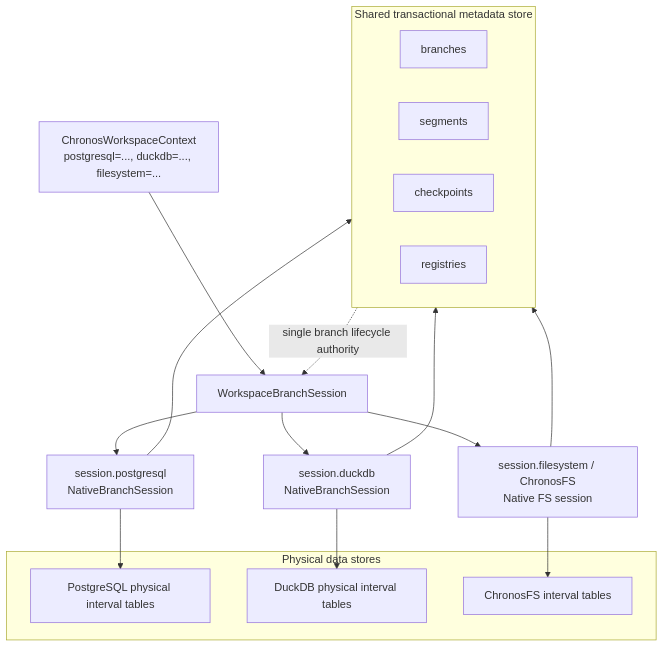
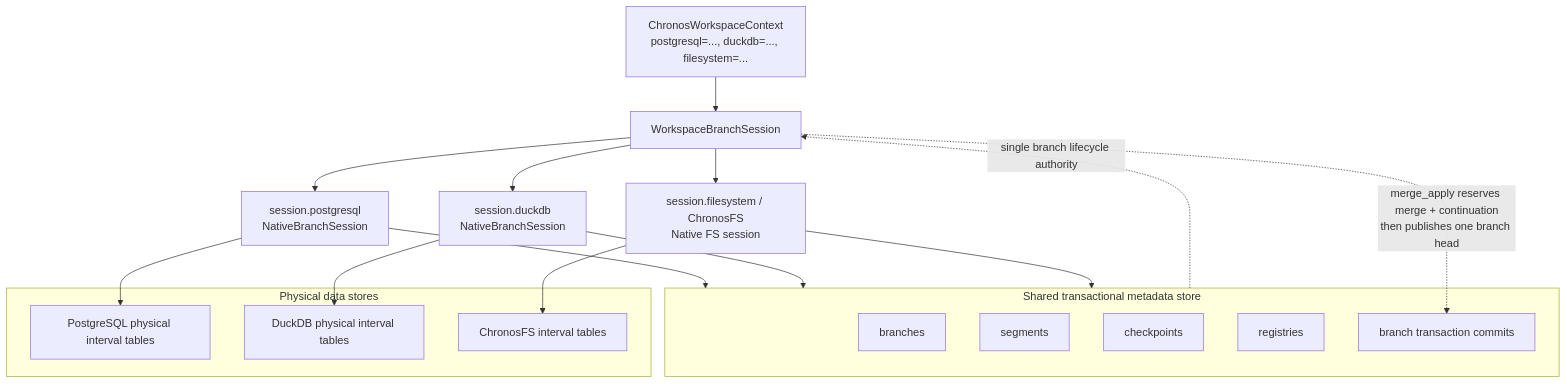
Before and after one commit to mitdbg/chronos: the diagram in docs/diagrams/polystore-workspace-processing.mmd, drawn with Mermaid. The commit also changed 35 other files, not shown here.

First line of the commit message:
feat: add native multi-store branch commits

```diff
--- a/docs/diagrams/polystore-workspace-processing.mmd
+++ b/docs/diagrams/polystore-workspace-processing.mmd
@@ -1,34 +1,36 @@
 flowchart TB
   Workspace["ChronosWorkspaceContext<br/>postgresql=..., duckdb=..., filesystem=..."]
   WSession["WorkspaceBranchSession"]
   PGSession["session.postgresql<br/>NativeBranchSession"]
   DuckSession["session.duckdb<br/>NativeBranchSession"]
   FSSession["session.filesystem / ChronosFS<br/>Native FS session"]
 
   Workspace --> WSession
   WSession --> PGSession
   WSession --> DuckSession
   WSession --> FSSession
 
   subgraph SharedMeta["Shared transactional metadata store"]
     B["branches"]
     S["segments"]
     CP["checkpoints"]
     R["registries"]
+    C["branch transaction commits"]
   end
 
   subgraph PhysicalStores["Physical data stores"]
     PG["PostgreSQL physical interval tables"]
     Duck["DuckDB physical interval tables"]
     FS["ChronosFS interval tables"]
   end
 
   PGSession --> SharedMeta
   DuckSession --> SharedMeta
   FSSession --> SharedMeta
 
   PGSession --> PG
   DuckSession --> Duck
   FSSession --> FS
 
   SharedMeta -. "single branch lifecycle authority" .-> WSession
+  WSession -. "merge_apply reserves merge + continuation<br/>then publishes one branch head" .-> C
```
